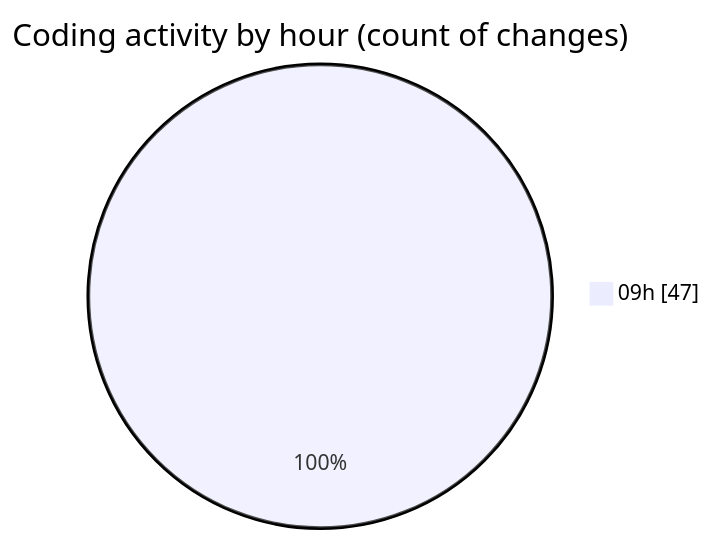
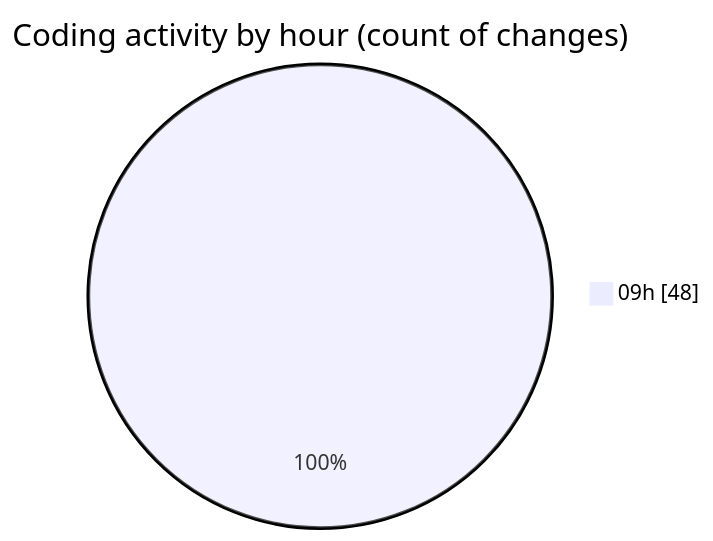
One commit to momahboobian/code-tracking changed the second of 2 diagrams in 2025-03-14/cda/README.md. Above: the diagram before and after it, drawn with Mermaid. The commit also changed other lines of this file and 1 other file, not shown here.

````diff
--- a/2025-03-14/cda/README.md
+++ b/2025-03-14/cda/README.md
@@ -39,5 +40,5 @@
 ```mermaid
 pie showData
 title Coding activity by hour (count of changes)
-"09h" : 47
+"09h" : 48
 ```
````
